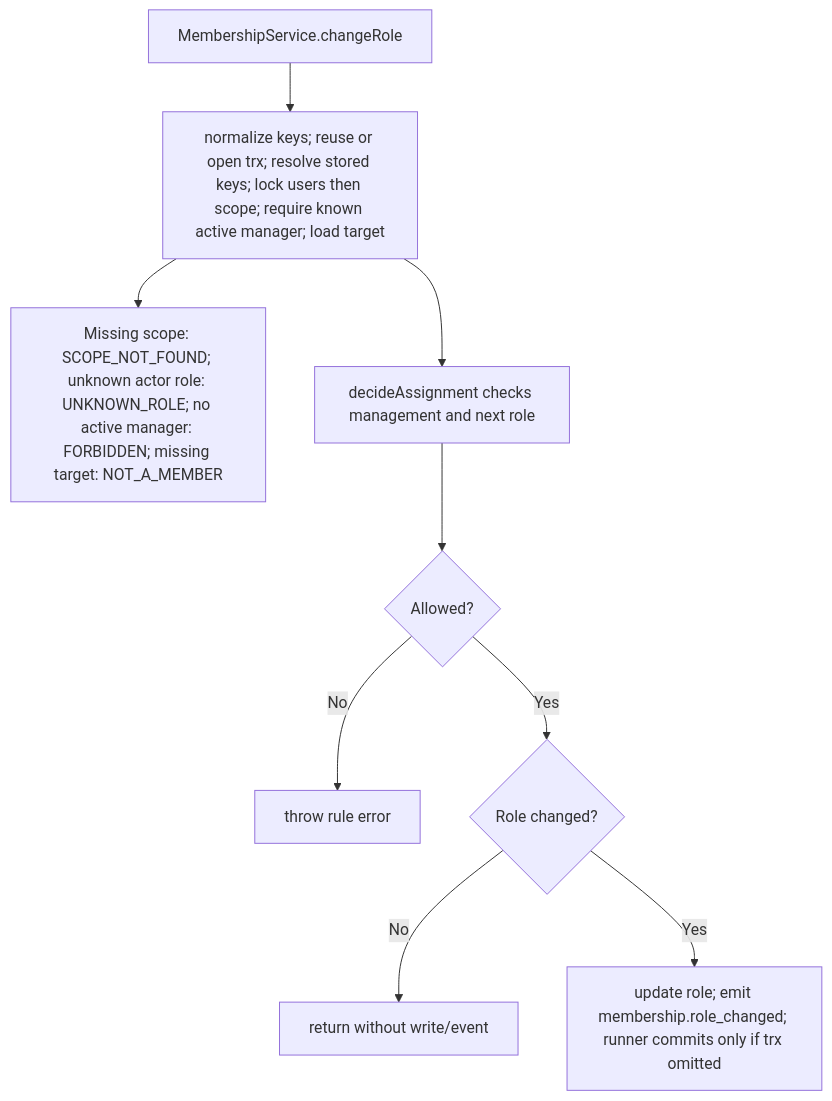
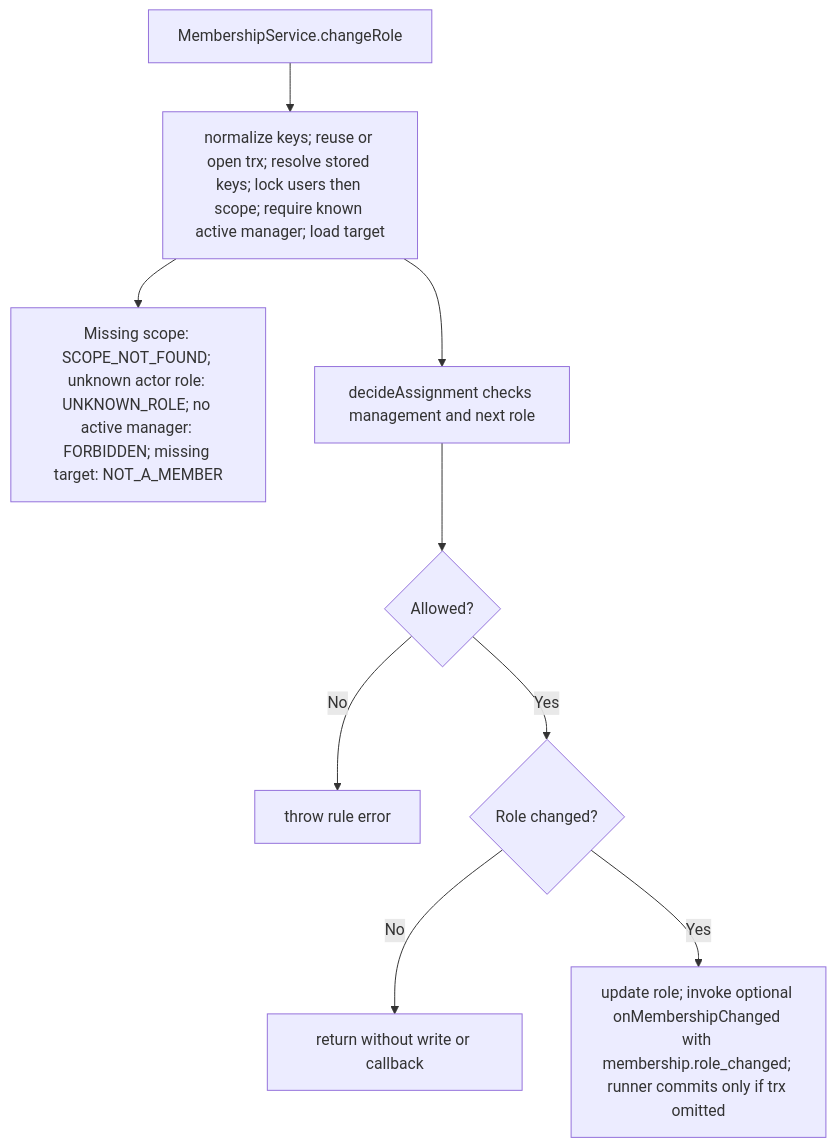
One commit to Kevinjohn/oss-adonisjs-access-control changed the second of 2 diagrams in user-stories/US-ACCESS-04-change-member-role.md. Above: the diagram before and after it, drawn with Mermaid. The commit also changed other lines of this file and 22 other files, not shown here.

````diff
--- a/user-stories/US-ACCESS-04-change-member-role.md
+++ b/user-stories/US-ACCESS-04-change-member-role.md
@@ -39,11 +39,11 @@
 ```mermaid
 flowchart TD
     A["MembershipService.changeRole"] --> B["normalize keys; reuse or open trx; resolve stored keys; lock users then scope; require known active manager; load target"]
     B --> X["Missing scope: SCOPE_NOT_FOUND; unknown actor role: UNKNOWN_ROLE; no active manager: FORBIDDEN; missing target: NOT_A_MEMBER"]
     B --> C["decideAssignment checks management and next role"]
     C --> D{"Allowed?"}
     D -->|No| E["throw rule error"]
     D -->|Yes| F{"Role changed?"}
-    F -->|No| G["return without write/event"]
-    F -->|Yes| H["update role; emit membership.role_changed; runner commits only if trx omitted"]
+    F -->|No| G["return without write or callback"]
+    F -->|Yes| H["update role; invoke optional onMembershipChanged with membership.role_changed; runner commits only if trx omitted"]
 ```
````
